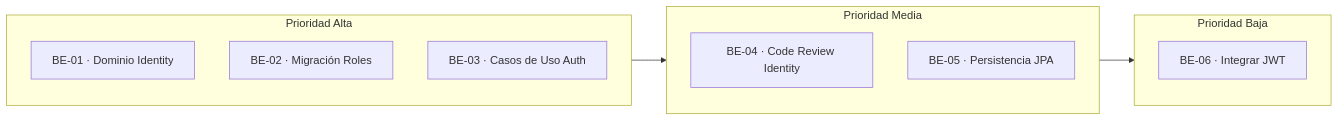
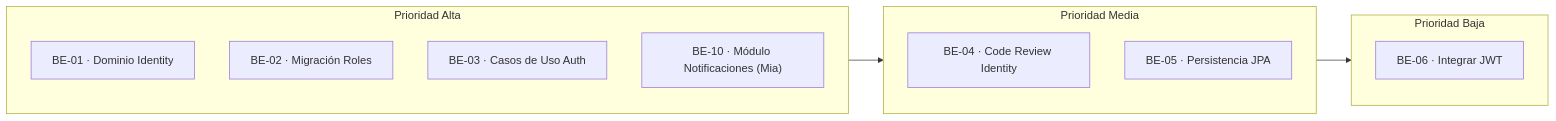
One commit to iJosueeh/jaldishop changed the first of 2 diagrams in docs/06-scrum/sprint-02.md. Above: the diagram before and after it, drawn with Mermaid. The commit also changed other lines of this file, not shown here.

````diff
--- a/docs/06-scrum/sprint-02.md
+++ b/docs/06-scrum/sprint-02.md
@@ -28,19 +28,20 @@
 ```mermaid
 flowchart LR
     subgraph ALTA["Prioridad Alta"]
         T1["BE-01 · Dominio Identity"]
         T2["BE-02 · Migración Roles"]
         T3["BE-03 · Casos de Uso Auth"]
+        T7["BE-10 · Módulo Notificaciones (Mia)"]
     end
 
     subgraph MEDIA["Prioridad Media"]
         T4["BE-04 · Code Review Identity"]
         T5["BE-05 · Persistencia JPA"]
     end
 
     subgraph BAJA["Prioridad Baja"]
         T6["BE-06 · Integrar JWT"]
     end
 
     ALTA --> MEDIA --> BAJA
 ```
````
